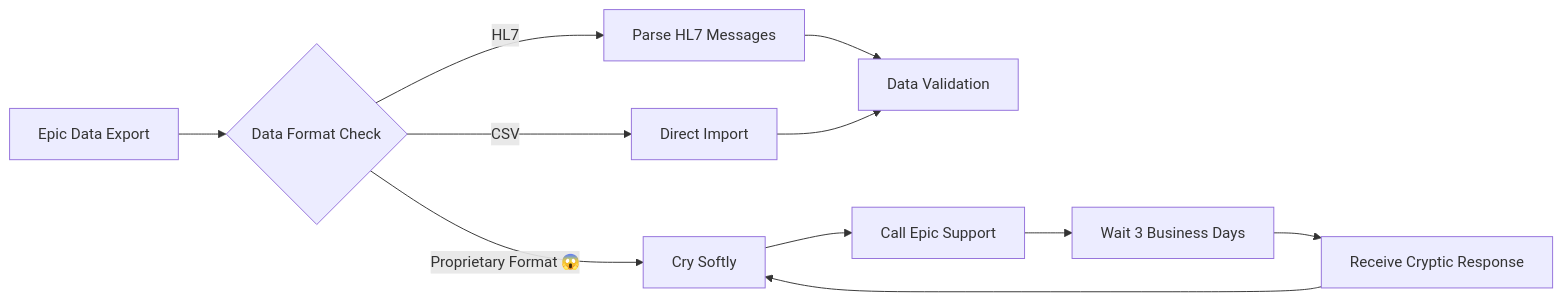
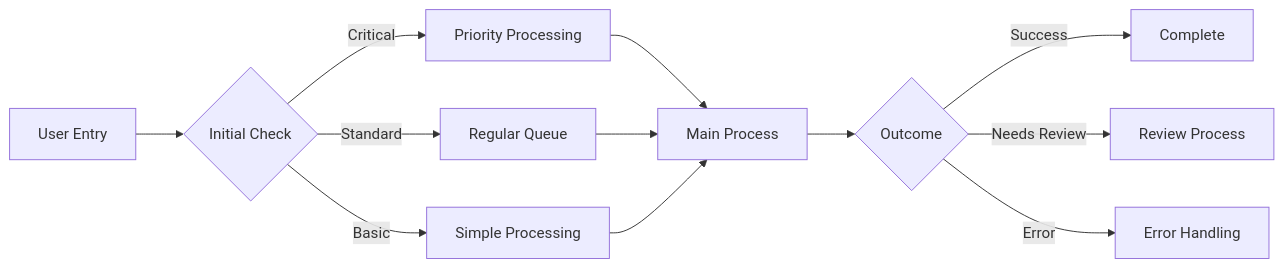
The fourth of 4 diagrams in lectures/09/lecture_09.md (oscar-peng/datasci_223), drawn with Mermaid before and after one commit. The commit also changed other lines of this file and 2 other files, not shown here.

````diff
--- a/lectures/09/lecture_09.md
+++ b/lectures/09/lecture_09.md
@@ -188,13 +188,14 @@
 ```mermaid
 graph LR;
-    A[Epic Data Export] --> B{Data Format Check};
-    B -->|HL7| C[Parse HL7 Messages];
-    B -->|CSV| D[Direct Import];
-    B -->|"Proprietary Format 😱"| E[Cry Softly];
-    C --> F[Data Validation];
+    A[User Entry] --> B{Initial Check};
+    B -->|Critical| C[Priority Processing];
+    B -->|Standard| D[Regular Queue];
+    B -->|Basic| E[Simple Processing];
+    C --> F[Main Process];
     D --> F;
-    E --> G[Call Epic Support];
-    G --> H[Wait 3 Business Days];
-    H --> I[Receive Cryptic Response];
-    I --> E;
+    E --> F;
+    F --> G{Outcome};
+    G -->|Success| H[Complete];
+    G -->|Needs Review| I[Review Process];
+    G -->|Error| J[Error Handling];
 ```
````
